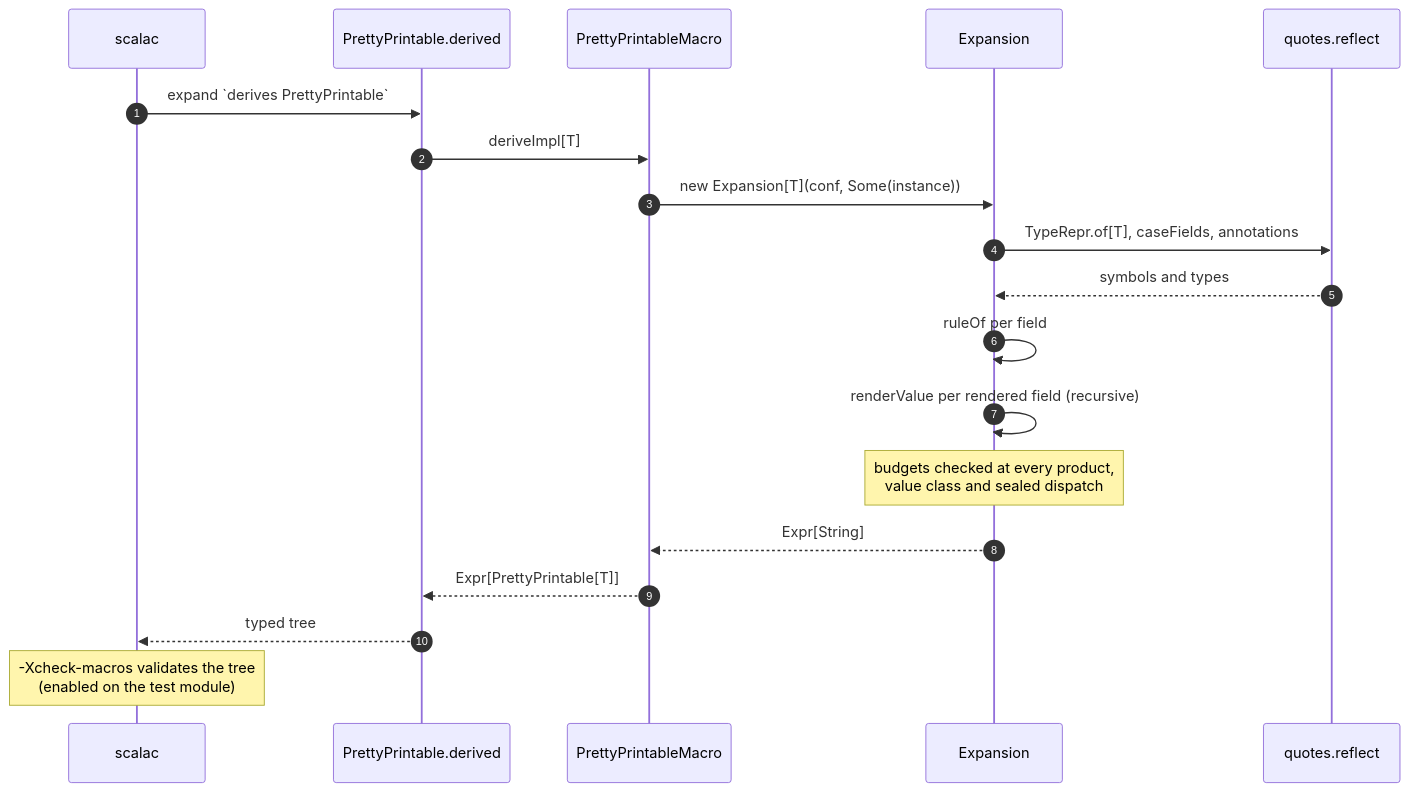
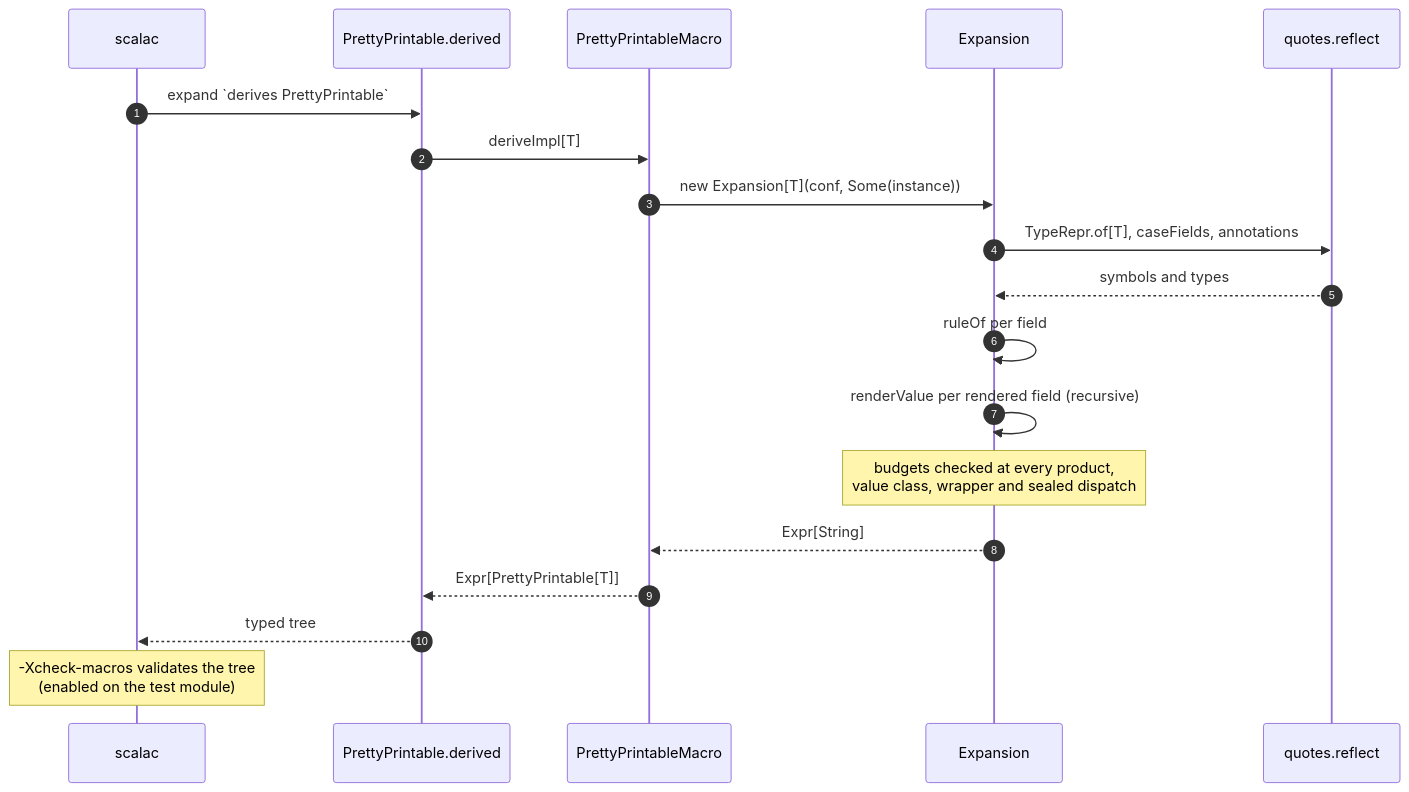
One commit to worxbend/worxbend changed diagram 11 of 11 in libs/commons/reveal/ARCHITECTURE.md. Above: the diagram before and after it, drawn with Mermaid. The commit also changed other lines of this file and 25 other files, not shown here.

````diff
--- a/libs/commons/reveal/ARCHITECTURE.md
+++ b/libs/commons/reveal/ARCHITECTURE.md
@@ -426,22 +428,22 @@
 ```mermaid
 sequenceDiagram
   autonumber
   participant SC as scalac
   participant PP as PrettyPrintable.derived
   participant M as PrettyPrintableMacro
   participant EX as Expansion
   participant Q as quotes.reflect
 
   SC->>PP: expand `derives PrettyPrintable`
   PP->>M: deriveImpl[T]
   M->>EX: new Expansion[T](conf, Some(instance))
   EX->>Q: TypeRepr.of[T], caseFields, annotations
   Q-->>EX: symbols and types
   EX->>EX: ruleOf per field
   EX->>EX: renderValue per rendered field (recursive)
-  Note over EX: budgets checked at every product,<br/>value class and sealed dispatch
+  Note over EX: budgets checked at every product,<br/>value class, wrapper and sealed dispatch
   EX-->>M: Expr[String]
   M-->>PP: Expr[PrettyPrintable[T]]
   PP-->>SC: typed tree
   Note over SC: -Xcheck-macros validates the tree<br/>(enabled on the test module)
 ```
````
